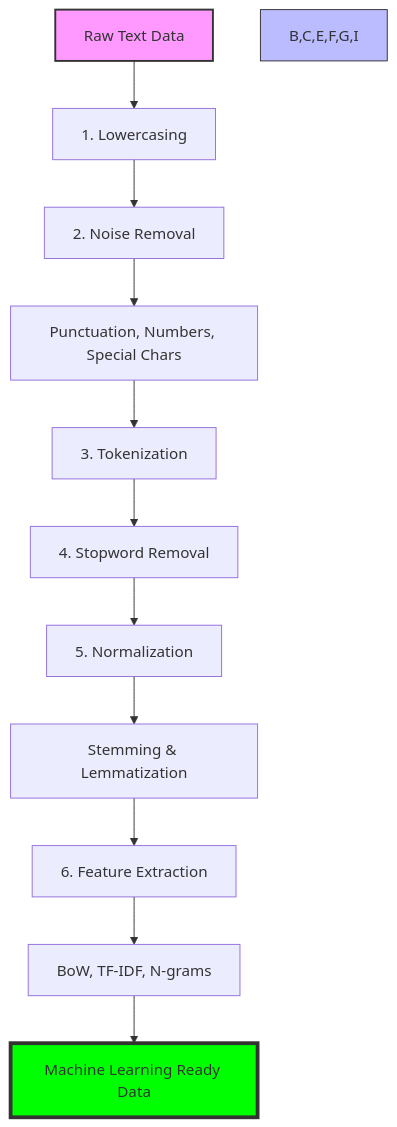
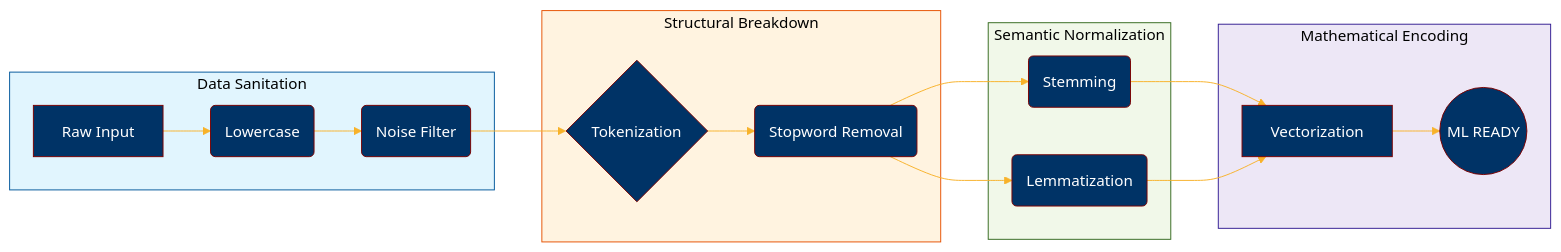
The diagram in README.md (kholivox/Text-Preprocessing-in-Natural-Language-Processing-NLP-), drawn with Mermaid before and after one commit. The commit also changed other lines of this file and 1 other file, not shown here.

````diff
--- a/README.md
+++ b/README.md
@@ -13,17 +15,28 @@
 ```mermaid
-graph TD
-    A[Raw Text Data] --> B[1. Lowercasing]
-    B --> C[2. Noise Removal]
-    C --> D[Punctuation, Numbers, Special Chars]
-    D --> E[3. Tokenization]
-    E --> F[4. Stopword Removal]
-    F --> G[5. Normalization]
-    G --> H[Stemming & Lemmatization]
-    H --> I[6. Feature Extraction]
-    I --> J[BoW, TF-IDF, N-grams]
-    J --> K[Machine Learning Ready Data]
+%%{init: {'theme': 'base', 'themeVariables': { 'primaryColor': '#003366', 'primaryTextColor': '#fff', 'primaryBorderColor': '#7C0000', 'lineColor': '#F8B229', 'secondaryColor': '#006600', 'tertiaryColor': '#fff'}}}%%
+graph LR
+    subgraph Phase1 [Data Sanitation]
+        A[Raw Input] --> B(Lowercase)
+        B --> C(Noise Filter)
+    end
     
-    style A fill:#f9f,stroke:#333,stroke-width:2px
-    style K fill:#00ff00,stroke:#333,stroke-width:4px
-    style B,C,E,F,G,I fill:#bbf,stroke:#333,stroke-width:1px
+    subgraph Phase2 [Structural Breakdown]
+        C --> D{Tokenization}
+        D --> E(Stopword Removal)
+    end
+    
+    subgraph Phase3 [Semantic Normalization]
+        E --> F(Stemming)
+        E --> G(Lemmatization)
+    end
+    
+    subgraph Phase4 [Mathematical Encoding]
+        F & G --> H[Vectorization]
+        H --> I((ML READY))
+    end
+
+    style Phase1 fill:#e1f5fe,stroke:#01579b
+    style Phase2 fill:#fff3e0,stroke:#e65100
+    style Phase3 fill:#f1f8e9,stroke:#33691e
+    style Phase4 fill:#ede7f6,stroke:#311b92
 ```
````
